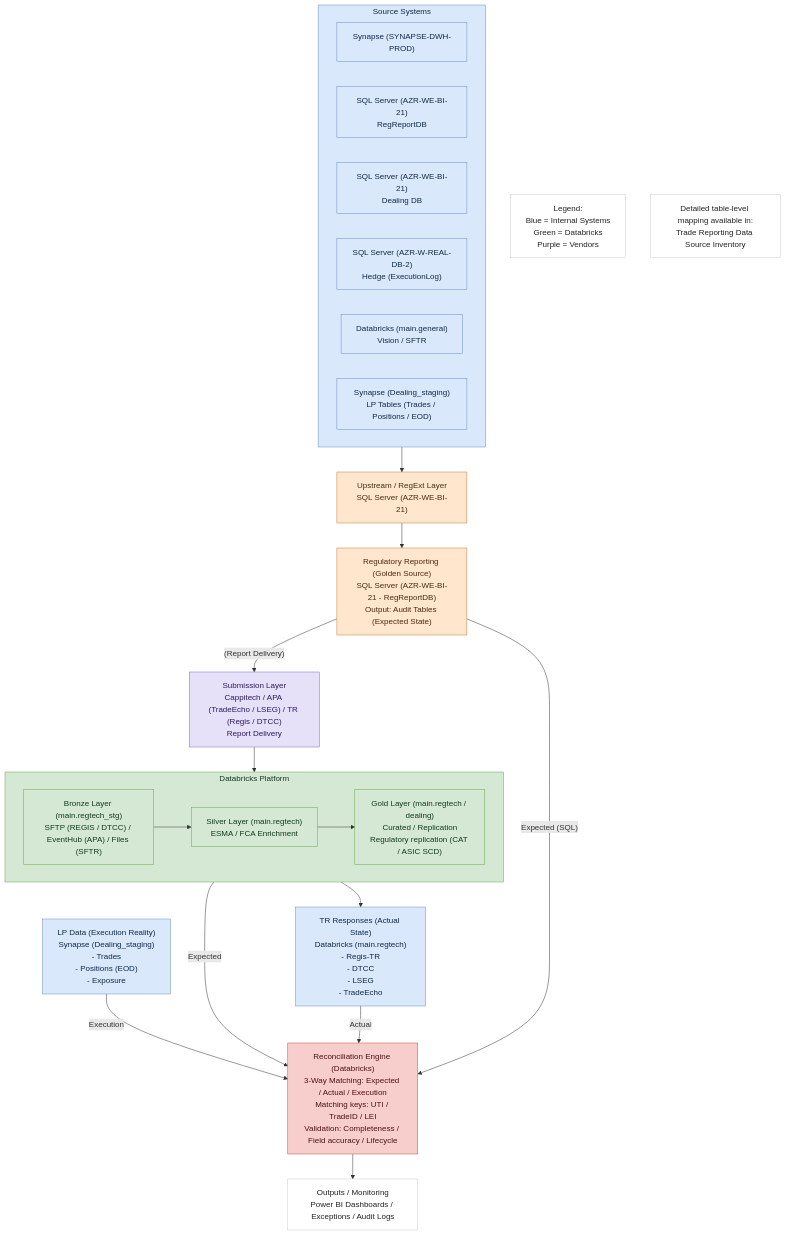
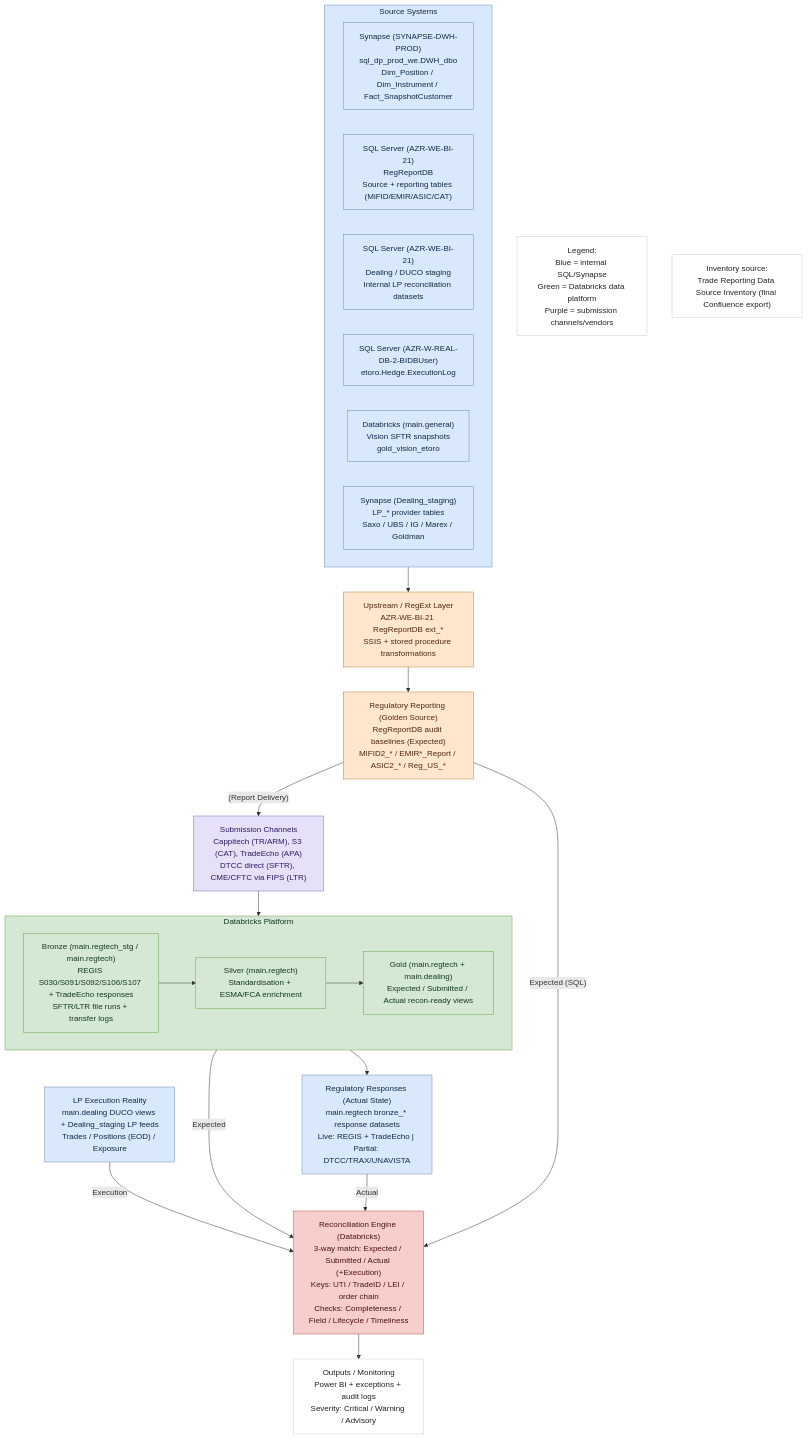
One commit to valentinosko-hub/RegTech changed the diagram in docs/trade-recon-architecture-v2-from-xml.md. Above: the diagram before and after it, drawn with Mermaid. The commit also changed 1 other file, not shown here.

Commit message:
Enrich XML-converted diagram with final inventory details

````diff
--- a/docs/trade-recon-architecture-v2-from-xml.md
+++ b/docs/trade-recon-architecture-v2-from-xml.md
@@ -3,60 +3,60 @@
 ```mermaid
 flowchart TB
   %% Source systems
   subgraph SW1["Source Systems"]
     direction LR
-    S1["Synapse (SYNAPSE-DWH-PROD)"]
-    S2["SQL Server (AZR-WE-BI-21)<br/>RegReportDB"]
-    S3["SQL Server (AZR-WE-BI-21)<br/>Dealing DB"]
-    S4["SQL Server (AZR-W-REAL-DB-2)<br/>Hedge (ExecutionLog)"]
-    S5["Databricks (main.general)<br/>Vision / SFTR"]
-    S6["Synapse (Dealing_staging)<br/>LP Tables (Trades / Positions / EOD)"]
+    S1["Synapse (SYNAPSE-DWH-PROD)<br/>sql_dp_prod_we.DWH_dbo<br/>Dim_Position / Dim_Instrument / Fact_SnapshotCustomer"]
+    S2["SQL Server (AZR-WE-BI-21)<br/>RegReportDB<br/>Source + reporting tables (MiFID/EMIR/ASIC/CAT)"]
+    S3["SQL Server (AZR-WE-BI-21)<br/>Dealing / DUCO staging<br/>Internal LP reconciliation datasets"]
+    S4["SQL Server (AZR-W-REAL-DB-2-BIDBUser)<br/>etoro.Hedge.ExecutionLog"]
+    S5["Databricks (main.general)<br/>Vision SFTR snapshots<br/>gold_vision_etoro"]
+    S6["Synapse (Dealing_staging)<br/>LP_* provider tables<br/>Saxo / UBS / IG / Marex / Goldman"]
   end
 
-  REGEXT["Upstream / RegExt Layer<br/>SQL Server (AZR-WE-BI-21)"]
-  REPORT["Regulatory Reporting (Golden Source)<br/>SQL Server (AZR-WE-BI-21 - RegReportDB)<br/>Output: Audit Tables (Expected State)"]
-  SUB["Submission Layer<br/>Cappitech / APA (TradeEcho / LSEG) / TR (Regis / DTCC)<br/>Report Delivery"]
+  REGEXT["Upstream / RegExt Layer<br/>AZR-WE-BI-21 RegReportDB ext_*<br/>SSIS + stored procedure transformations"]
+  REPORT["Regulatory Reporting (Golden Source)<br/>RegReportDB audit baselines (Expected)<br/>MIFID2_* / EMIR*_Report / ASIC2_* / Reg_US_*"]
+  SUB["Submission Channels<br/>Cappitech (TR/ARM), S3 (CAT), TradeEcho (APA)<br/>DTCC direct (SFTR), CME/CFTC via FIPS (LTR)"]
 
   %% Databricks platform
   subgraph DB["Databricks Platform"]
     direction LR
-    BRONZE["Bronze Layer (main.regtech_stg)<br/>SFTP (REGIS / DTCC) / EventHub (APA) / Files (SFTR)"]
-    SILVER["Silver Layer (main.regtech)<br/>ESMA / FCA Enrichment"]
-    GOLD["Gold Layer (main.regtech / dealing)<br/>Curated / Replication<br/>Regulatory replication (CAT / ASIC SCD)"]
+    BRONZE["Bronze (main.regtech_stg / main.regtech)<br/>REGIS S030/S091/S092/S106/S107 + TradeEcho responses<br/>SFTR/LTR file runs + transfer logs"]
+    SILVER["Silver (main.regtech)<br/>Standardisation + ESMA/FCA enrichment"]
+    GOLD["Gold (main.regtech + main.dealing)<br/>Expected / Submitted / Actual recon-ready views"]
   end
 
-  LP["LP Data (Execution Reality)<br/>Synapse (Dealing_staging)<br/>- Trades<br/>- Positions (EOD)<br/>- Exposure"]
-  TR["TR Responses (Actual State)<br/>Databricks (main.regtech)<br/>- Regis-TR<br/>- DTCC<br/>- LSEG<br/>- TradeEcho"]
-  RECON["Reconciliation Engine (Databricks)<br/>3-Way Matching: Expected / Actual / Execution<br/>Matching keys: UTI / TradeID / LEI<br/>Validation: Completeness / Field accuracy / Lifecycle"]
-  OUT["Outputs / Monitoring<br/>Power BI Dashboards / Exceptions / Audit Logs"]
+  LP["LP Execution Reality<br/>main.dealing DUCO views + Dealing_staging LP feeds<br/>Trades / Positions (EOD) / Exposure"]
+  TR["Regulatory Responses (Actual State)<br/>main.regtech bronze_* response datasets<br/>Live: REGIS + TradeEcho | Partial: DTCC/TRAX/UNAVISTA"]
+  RECON["Reconciliation Engine (Databricks)<br/>3-way match: Expected / Submitted / Actual (+Execution)<br/>Keys: UTI / TradeID / LEI / order chain<br/>Checks: Completeness / Field / Lifecycle / Timeliness"]
+  OUT["Outputs / Monitoring<br/>Power BI + exceptions + audit logs<br/>Severity: Critical / Warning / Advisory"]
 
-  LEGEND["Legend:<br/>Blue = Internal Systems<br/>Green = Databricks<br/>Purple = Vendors"]
-  NOTE["Detailed table-level mapping available in:<br/>Trade Reporting Data Source Inventory"]
+  LEGEND["Legend:<br/>Blue = internal SQL/Synapse<br/>Green = Databricks data platform<br/>Purple = submission channels/vendors"]
+  NOTE["Inventory source:<br/>Trade Reporting Data Source Inventory (final Confluence export)"]
 
   %% Edges translated from XML
   SW1 --> REGEXT
   REGEXT --> REPORT
   REPORT -- "(Report Delivery)" --> SUB
   SUB --> BRONZE
   BRONZE --> SILVER --> GOLD
   GOLD -- "Expected" --> RECON
   LP -- "Execution" --> RECON
   TR -- "Actual" --> RECON
   RECON --> OUT
   REPORT -- "Expected (SQL)" --> RECON
   GOLD --> TR
 
   classDef internal fill:#dae8fc,stroke:#6c8ebf,color:#0e2a47;
   classDef sql fill:#ffe6cc,stroke:#bf7f3f,color:#4a2a12;
   classDef vendor fill:#e6e0f8,stroke:#7f70bf,color:#2f1a5f;
   classDef dbx fill:#d5e8d4,stroke:#6aa84f,color:#12391f;
   classDef recon fill:#f8cecc,stroke:#b8544a,color:#4a1212;
   classDef neutral fill:#ffffff,stroke:#cccccc,color:#222;
 
   class SW1,S1,S2,S3,S4,S5,S6,LP,TR internal;
   class REGEXT,REPORT sql;
   class SUB vendor;
   class DB,BRONZE,SILVER,GOLD dbx;
   class RECON recon;
   class OUT,LEGEND,NOTE neutral;
 ```
````
